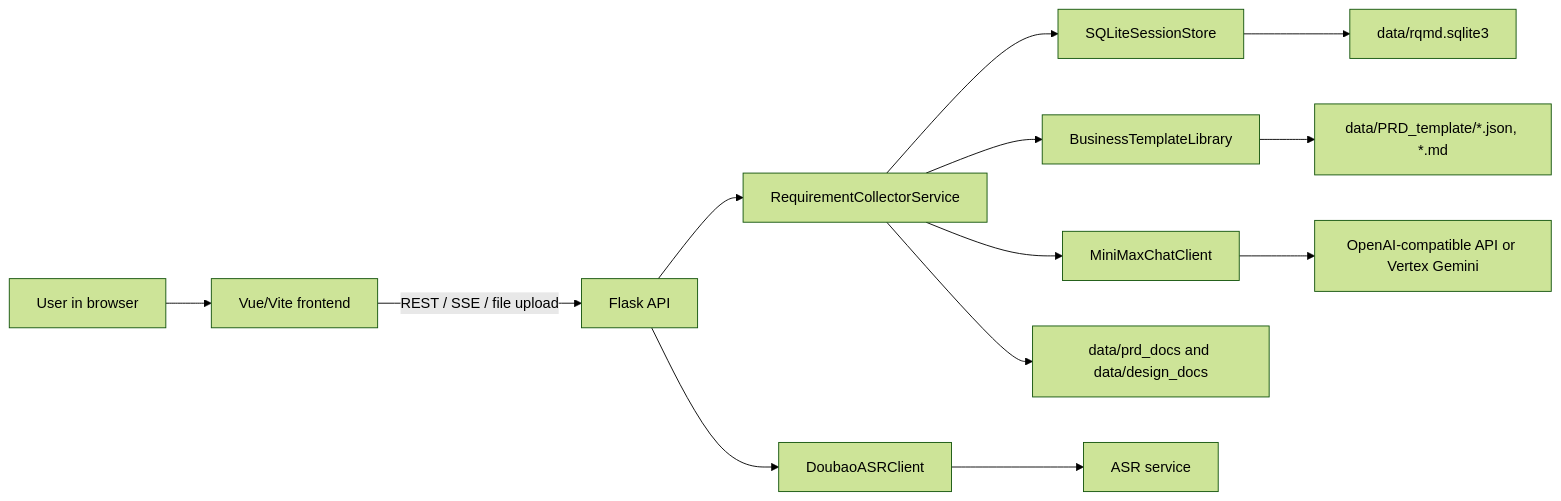
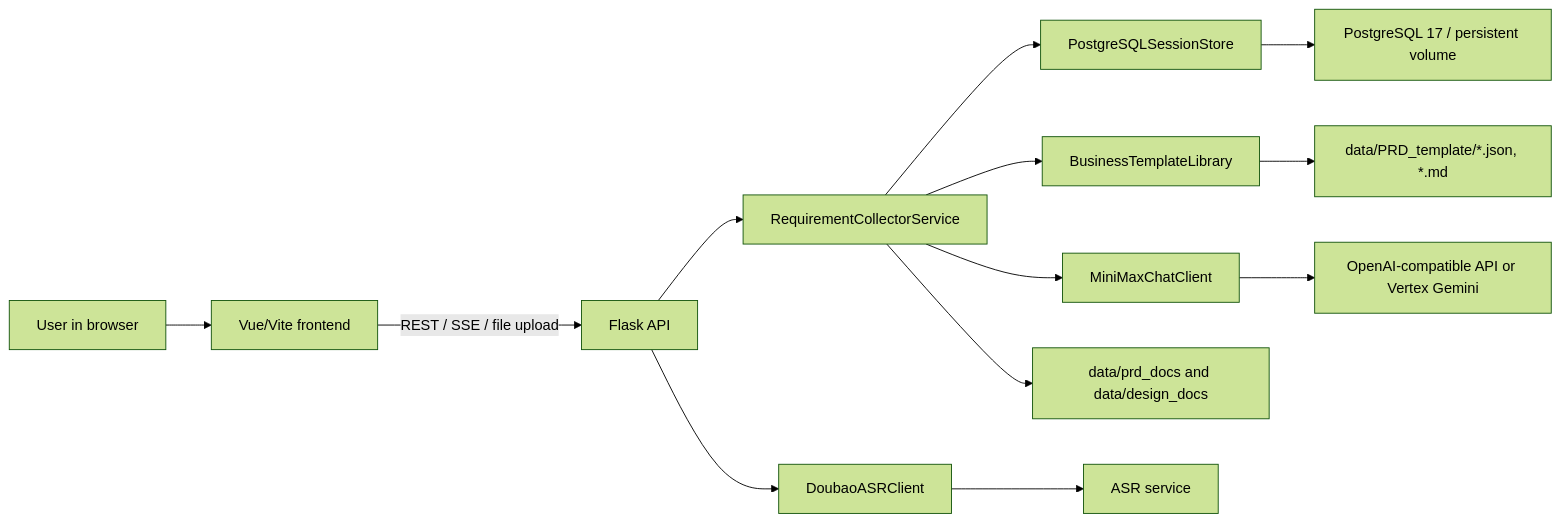
Before and after one commit to seven19980805/AIPM: the diagram in README.md, drawn with Mermaid (forest theme). The commit also changed other lines of this file and 111 other files, not shown here.

````diff
--- a/README.md
+++ b/README.md
@@ -228,15 +229,15 @@
 ```mermaid
 flowchart LR
   User["User in browser"] --> Vue["Vue/Vite frontend"]
   Vue -->|REST / SSE / file upload| API["Flask API"]
   API --> Service["RequirementCollectorService"]
-  Service --> Store["SQLiteSessionStore"]
-  Store --> DB["data/rqmd.sqlite3"]
+  Service --> Store["PostgreSQLSessionStore"]
+  Store --> DB["PostgreSQL 17 / persistent volume"]
   Service --> Templates["BusinessTemplateLibrary"]
   Templates --> TemplateFiles["data/PRD_template/*.json, *.md"]
   Service --> LLM["MiniMaxChatClient"]
   LLM --> Provider["OpenAI-compatible API or Vertex Gemini"]
   API --> ASR["DoubaoASRClient"]
   ASR --> ASRProvider["ASR service"]
   Service --> Docs["data/prd_docs and data/design_docs"]
 ```
````
